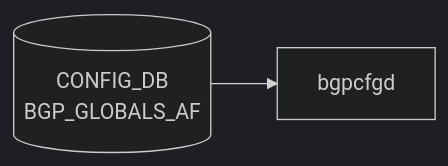
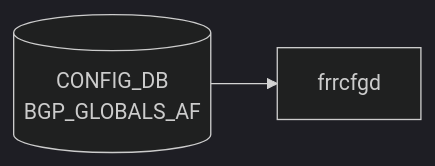
The diagram in docs/reference/config-db/bgp-globals-af.md (aoki-taquan/sonic-unofficial-docs), drawn with Mermaid (dark theme) before and after one commit. The commit also changed other lines of this file and 21 other files, not shown here.

````diff
--- a/docs/reference/config-db/bgp-globals-af.md
+++ b/docs/reference/config-db/bgp-globals-af.md
@@ -34,6 +34,6 @@
 ```mermaid
 flowchart LR
   CDB[("CONFIG_DB<br/>BGP_GLOBALS_AF")]
-  DM["bgpcfgd"]
+  DM["frrcfgd"]
   CDB --> DM
 ```
````
